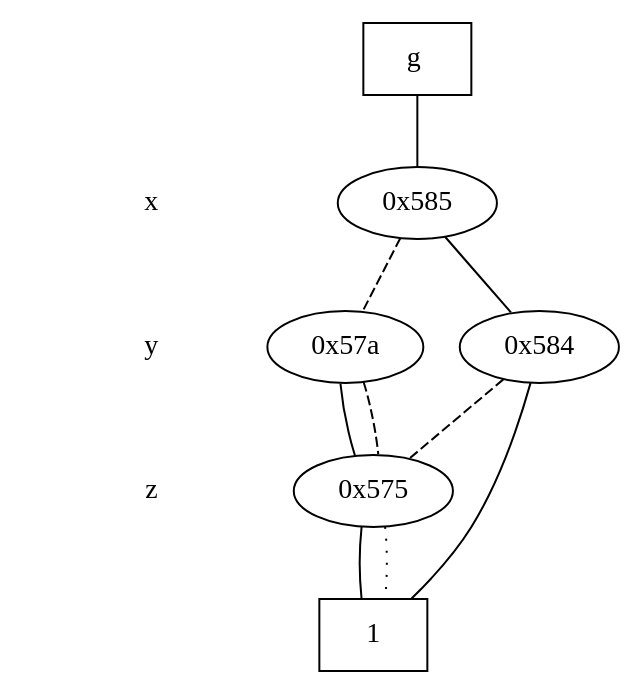
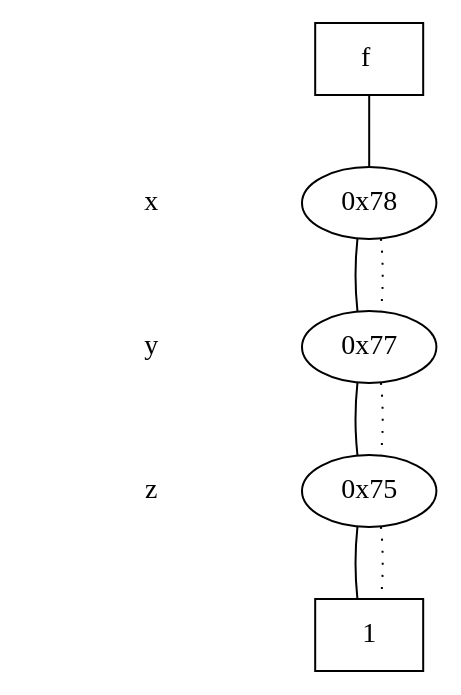
The diagram in cudd-3.0.0/hw5_quotient.dot (steefbrown/ece6740), drawn with Graphviz before and after one commit. The commit also changed 386 other files, not shown here.

```diff
--- a/cudd-3.0.0/hw5_quotient.dot
+++ b/cudd-3.0.0/hw5_quotient.dot
@@ -1,36 +1,33 @@
 digraph "DD" {
 size = "7.5,10"
 center = true;
 edge [dir = none];
 { node [shape = plaintext];
   edge [style = invis];
   "CONST NODES" [style = invis];
 " x " -> " y " -> " z " -> "CONST NODES"; 
 }
 { rank = same; node [shape = box]; edge [style = invis];
-"  g  "; }
+"  f  "; }
 { rank = same; " x ";
-"0x585";
+"0x78";
 }
 { rank = same; " y ";
-"0x57a";
-"0x584";
+"0x77";
 }
 { rank = same; " z ";
-"0x575";
+"0x75";
 }
 { rank = same; "CONST NODES";
-{ node [shape = box]; "0x56f";
+{ node [shape = box]; "0x6f";
 }
 }
-"  g  " -> "0x585" [style = solid];
-"0x585" -> "0x584";
-"0x585" -> "0x57a" [style = dashed];
-"0x57a" -> "0x575";
-"0x57a" -> "0x575" [style = dashed];
-"0x584" -> "0x56f";
-"0x584" -> "0x575" [style = dashed];
-"0x575" -> "0x56f";
-"0x575" -> "0x56f" [style = dotted];
-"0x56f" [label = "1"];
+"  f  " -> "0x78" [style = solid];
+"0x78" -> "0x77";
+"0x78" -> "0x77" [style = dotted];
+"0x77" -> "0x75";
+"0x77" -> "0x75" [style = dotted];
+"0x75" -> "0x6f";
+"0x75" -> "0x6f" [style = dotted];
+"0x6f" [label = "1"];
 }
```
